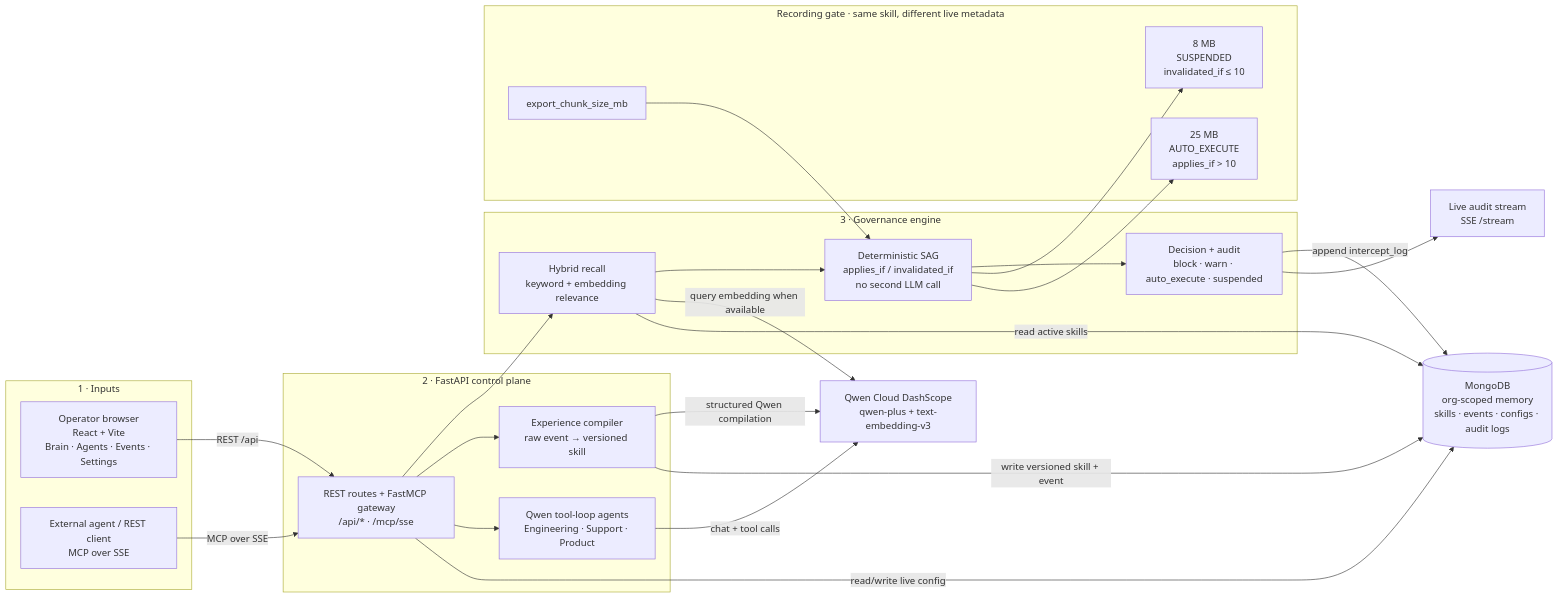
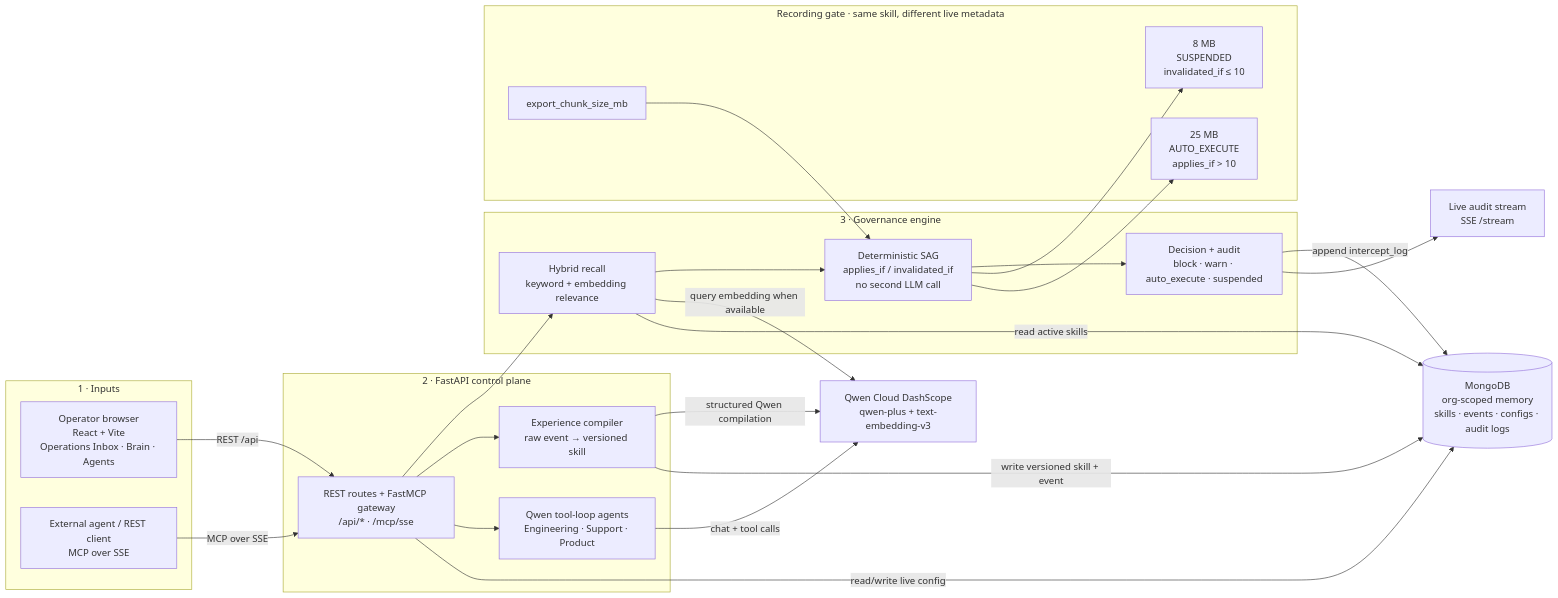
One commit to BoBbY-dev-0099/company-brain changed the diagram in README.md. Above: the diagram before and after it, drawn with Mermaid. The commit also changed other lines of this file and 39 other files, not shown here.

````diff
--- a/README.md
+++ b/README.md
@@ -36,49 +37,49 @@
 ```mermaid
 flowchart LR
     subgraph INPUTS["1 · Inputs"]
-        UI["Operator browser<br/>React + Vite<br/>Brain · Agents · Events · Settings"]
+        UI["Operator browser<br/>React + Vite<br/>Operations Inbox · Brain · Agents"]
         EXT["External agent / REST client<br/>MCP over SSE"]
     end
 
     subgraph CONTROL["2 · FastAPI control plane"]
         API["REST routes + FastMCP gateway<br/>/api/* · /mcp/sse"]
         AGENTS["Qwen tool-loop agents<br/>Engineering · Support · Product"]
         COMPILER["Experience compiler<br/>raw event → versioned skill"]
     end
 
     subgraph BRAIN["3 · Governance engine"]
         RECALL["Hybrid recall<br/>keyword + embedding relevance"]
         SAG["Deterministic SAG<br/>applies_if / invalidated_if<br/>no second LLM call"]
         DECISION["Decision + audit<br/>block · warn · auto_execute · suspended"]
     end
 
     subgraph GATE["Recording gate · same skill, different live metadata"]
         LIVE["export_chunk_size_mb"]
         EIGHT["8 MB<br/>SUSPENDED<br/>invalidated_if ≤ 10"]
         TWENTYFIVE["25 MB<br/>AUTO_EXECUTE<br/>applies_if > 10"]
     end
 
     SSE["Live audit stream<br/>SSE /stream"]
     MONGO[("MongoDB<br/>org-scoped memory<br/>skills · events · configs · audit logs")]
     QWEN["Qwen Cloud DashScope<br/>qwen-plus + text-embedding-v3"]
 
     UI -->|"REST /api"| API
     EXT -->|"MCP over SSE"| API
     API --> RECALL
     API --> COMPILER
     API --> AGENTS
 
     RECALL --> SAG --> DECISION
     LIVE --> SAG
     SAG --> EIGHT
     SAG --> TWENTYFIVE
     DECISION -->|"append intercept_log"| MONGO
     DECISION --> SSE
 
     COMPILER -->|"structured Qwen compilation"| QWEN
     AGENTS -->|"chat + tool calls"| QWEN
     RECALL -->|"query embedding when available"| QWEN
     COMPILER -->|"write versioned skill + event"| MONGO
     RECALL -->|"read active skills"| MONGO
     API -->|"read/write live config"| MONGO
 ```
````
